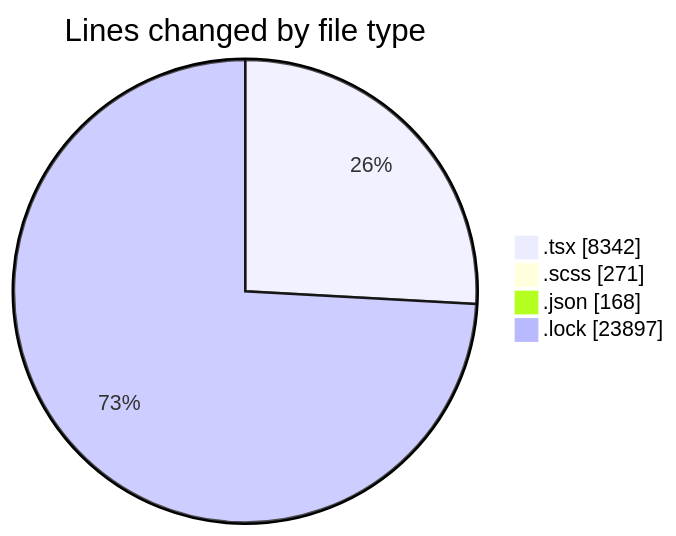
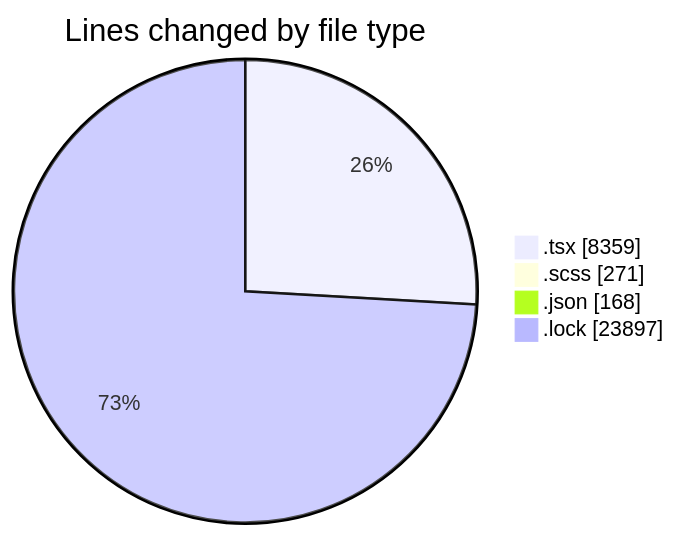
Before and after one commit to momahboobian/code-tracking: the first of 2 diagrams in 2025-11-18/cda/README.md, drawn with Mermaid. The commit also changed other lines of this file and 1 other file, not shown here.

````diff
--- a/2025-11-18/cda/README.md
+++ b/2025-11-18/cda/README.md
@@ -35,8 +35,8 @@
 ```mermaid
 pie showData
 title Lines changed by file type
-".tsx" : 8342
+".tsx" : 8359
 ".scss" : 271
 ".json" : 168
 ".lock" : 23897
 ```
````
